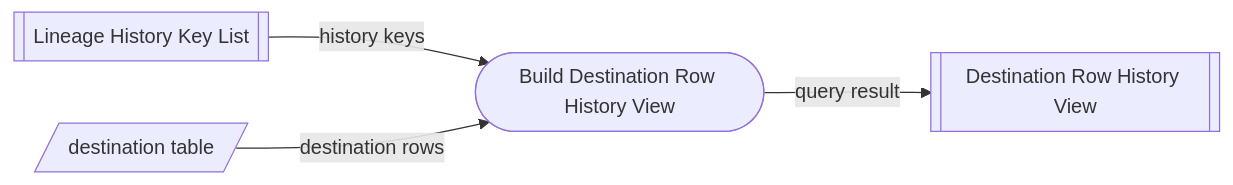
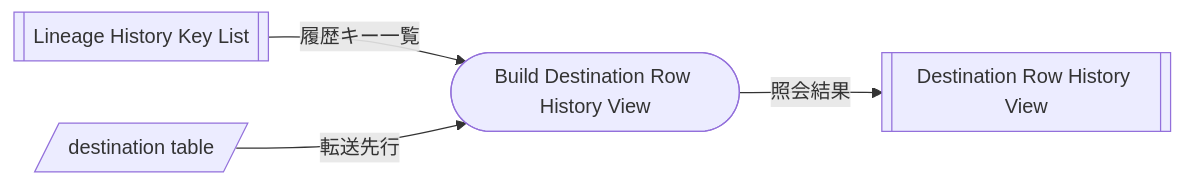
One commit to mk3008/rawsql-ts changed the seventh of 7 diagrams in packages/transfer/docs/processes/lineage-trace-process.md. Above: the diagram before and after it, drawn with Mermaid. The commit also changed other lines of this file and 70 other files, not shown here.

````diff
--- a/packages/transfer/docs/processes/lineage-trace-process.md
+++ b/packages/transfer/docs/processes/lineage-trace-process.md
@@ -124,11 +129,11 @@
 ```mermaid
 flowchart LR
   LineageHistoryKeyList[["Lineage History Key List"]]
   DestinationTable[/"destination table"/]
   BuildHistoryView(["Build Destination Row History View"])
   DestinationRowHistory[["Destination Row History View"]]
 
-  LineageHistoryKeyList -->|"history keys"| BuildHistoryView
-  DestinationTable -->|"destination rows"| BuildHistoryView
-  BuildHistoryView -->|"query result"| DestinationRowHistory
+  LineageHistoryKeyList -->|"履歴キー一覧"| BuildHistoryView
+  DestinationTable -->|"転送先行"| BuildHistoryView
+  BuildHistoryView -->|"照会結果"| DestinationRowHistory
 ```
````
